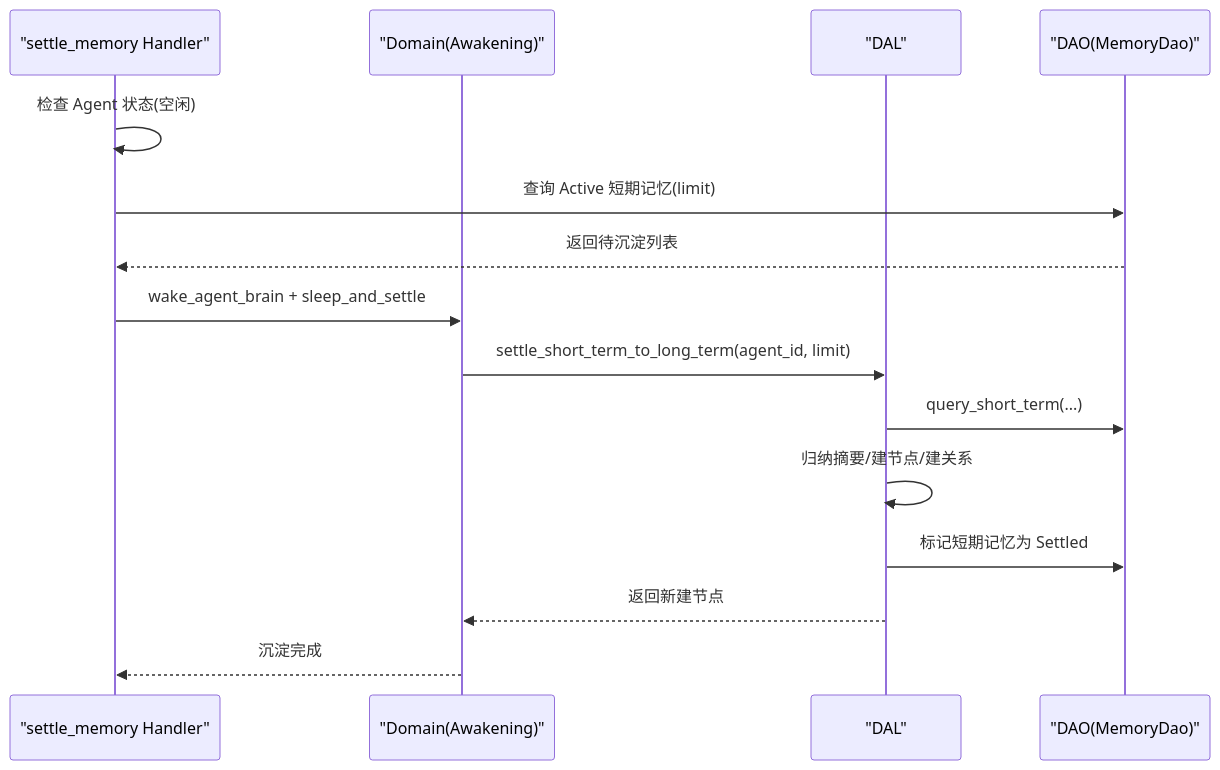
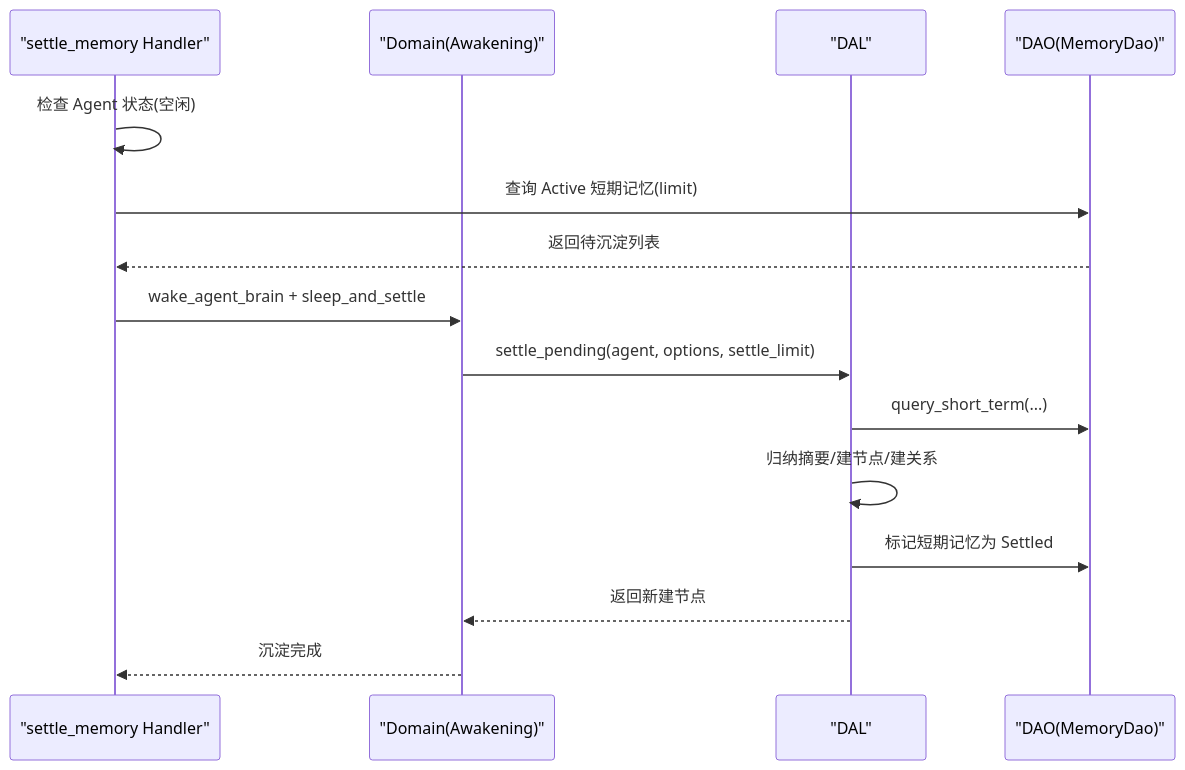
The fifth of 6 diagrams in docs/wiki/zh/content/项目概述/核心功能特性/Agent 全生命周期管理/Agent 记忆系统.md (runningcoders/ai_orz), drawn with Mermaid before and after one commit. The commit also changed other lines of this file and 82 other files, not shown here.

````diff
--- a/docs/wiki/zh/content/项目概述/核心功能特性/Agent 全生命周期管理/Agent 记忆系统.md
+++ b/docs/wiki/zh/content/项目概述/核心功能特性/Agent 全生命周期管理/Agent 记忆系统.md
@@ -229,17 +229,17 @@
 ```mermaid
 sequenceDiagram
 participant H as "settle_memory Handler"
 participant R as "Domain(Awakening)"
 participant D as "DAL"
 participant M as "DAO(MemoryDao)"
 H->>H : 检查 Agent 状态(空闲)
 H->>M : 查询 Active 短期记忆(limit)
 M-->>H : 返回待沉淀列表
 H->>R : wake_agent_brain + sleep_and_settle
-R->>D : settle_short_term_to_long_term(agent_id, limit)
+R->>D : settle_pending(agent, options, settle_limit)
 D->>M : query_short_term(...)
 D->>D : 归纳摘要/建节点/建关系
 D->>M : 标记短期记忆为 Settled
 D-->>R : 返回新建节点
 R-->>H : 沉淀完成
 ```
````
